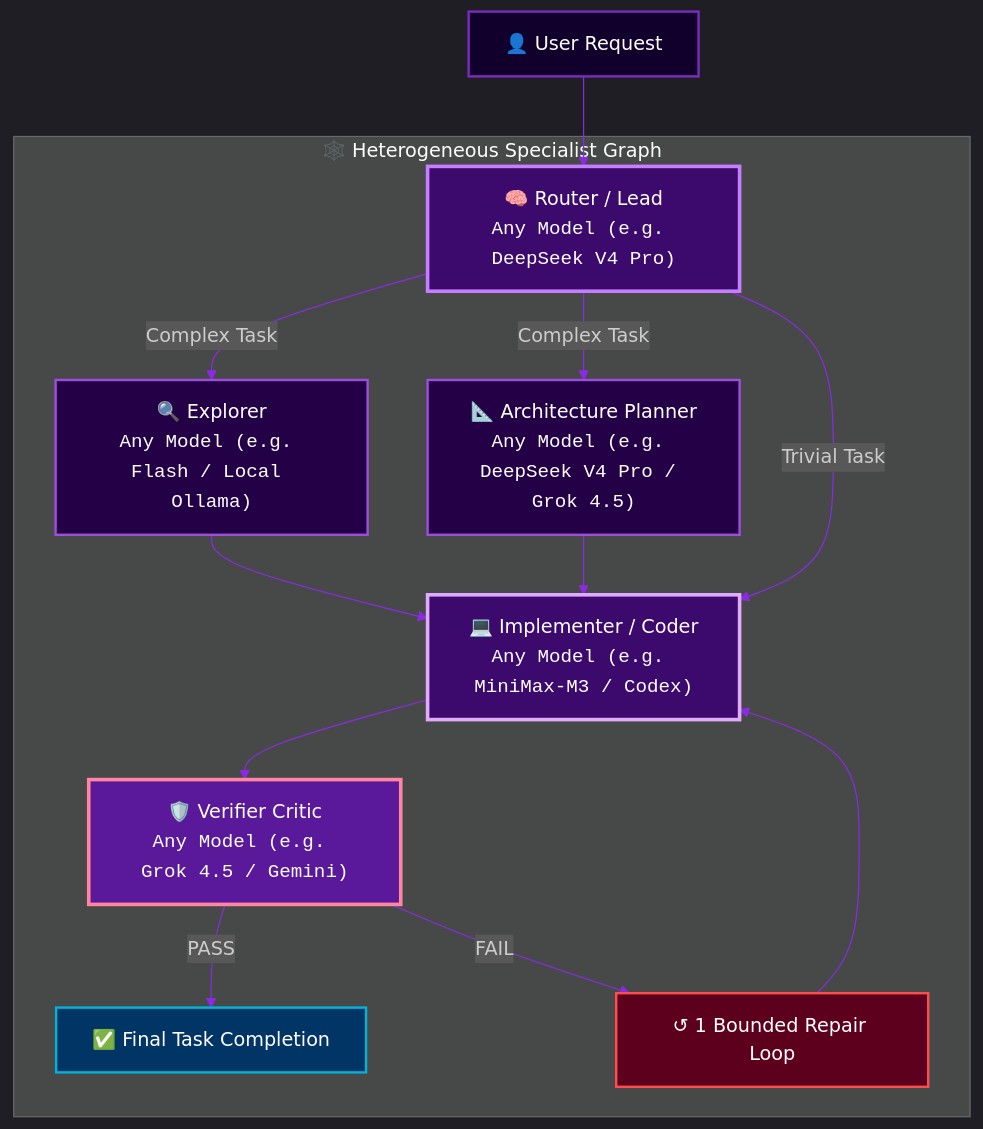
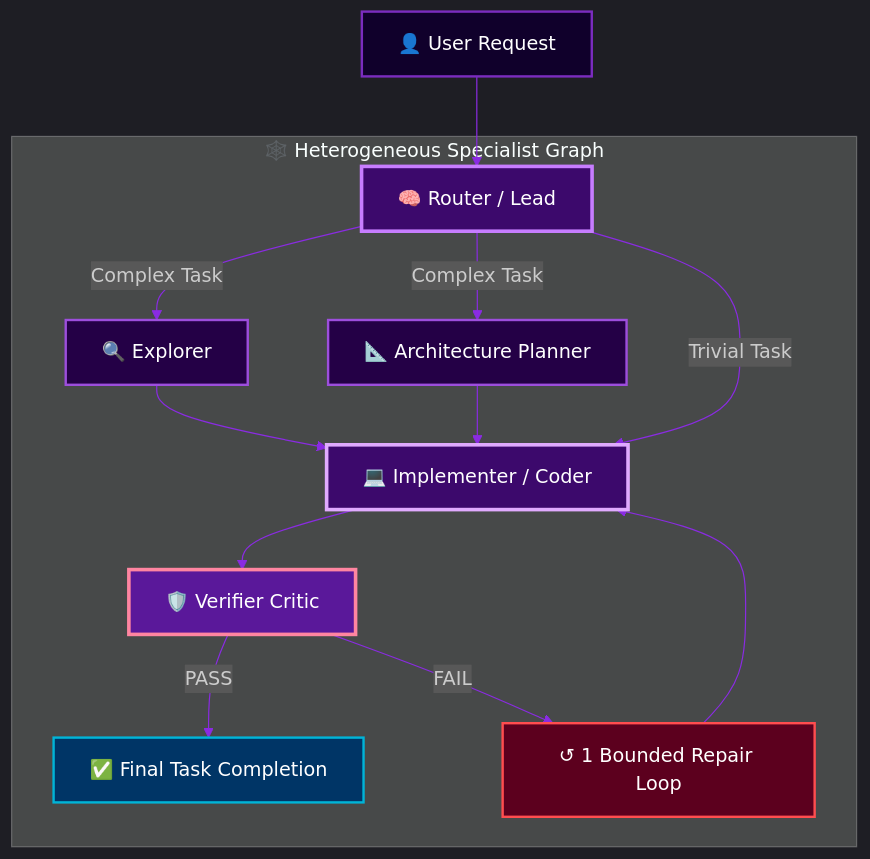
Before and after one commit to Shawn5cents/grok-build-legion-edition: the diagram in README.md, drawn with Mermaid. The commit also changed other lines of this file, not shown here.

Commit message:
fix: resolve Mermaid diagram HTML syntax and raw SVG banner URLs

````diff
--- a/README.md
+++ b/README.md
@@ -57,30 +57,30 @@
 ```mermaid
 %%{init: {'theme': 'dark', 'themeVariables': { 'lineColor': '#8A2BE2', 'primaryColor': '#1E1E2E', 'primaryTextColor': '#FFFFFF', 'primaryBorderColor': '#74C7EC', 'nodeBorder': '#74C7EC'}}}%%
 graph TD
-    User["👤 User Request"] --> Router["🧠 Router / Lead<br/><code>Any Model (e.g. DeepSeek V4 Pro)</code>"]
+    User["👤 User Request"] --> Router["🧠 Router / Lead"]
 
     subgraph DAG ["🕸️ Heterogeneous Specialist Graph"]
-        Router -->|Complex Task| Explorer["🔍 Explorer<br/><code>Any Model (e.g. Flash / Local Ollama)</code>"]
-        Router -->|Complex Task| Plan["📐 Architecture Planner<br/><code>Any Model (e.g. DeepSeek V4 Pro / Grok 4.5)</code>"]
+        Router -->|Complex Task| Explorer["🔍 Explorer"]
+        Router -->|Complex Task| Plan["📐 Architecture Planner"]
         
-        Explorer --> Implementer["💻 Implementer / Coder<br/><code>Any Model (e.g. MiniMax-M3 / Codex)</code>"]
+        Explorer --> Implementer["💻 Implementer / Coder"]
         Plan --> Implementer
         
-        Implementer --> Verifier["🛡️ Verifier Critic<br/><code>Any Model (e.g. Grok 4.5 / Gemini)</code>"]
+        Implementer --> Verifier["🛡️ Verifier Critic"]
         
         Verifier -->|PASS| Final["✅ Final Task Completion"]
         Verifier -->|FAIL| Repair["↺ 1 Bounded Repair Loop"]
         Repair --> Implementer
     end
 
     Router -->|Trivial Task| Implementer
 
     style User fill:#10002B,stroke:#7B2CBF,stroke-width:2px,color:#fff
     style Router fill:#3C096C,stroke:#C77DFF,stroke-width:3px,color:#fff
     style Explorer fill:#240046,stroke:#9D4EDD,stroke-width:2px,color:#fff
     style Plan fill:#240046,stroke:#9D4EDD,stroke-width:2px,color:#fff
     style Implementer fill:#3C096C,stroke:#E0AAFF,stroke-width:3px,color:#fff
     style Verifier fill:#5A189A,stroke:#FF85A1,stroke-width:3px,color:#fff
     style Final fill:#003566,stroke:#00B4D8,stroke-width:2px,color:#fff
     style Repair fill:#5c001e,stroke:#ff4d4f,stroke-width:2px,color:#fff
 ```
````
